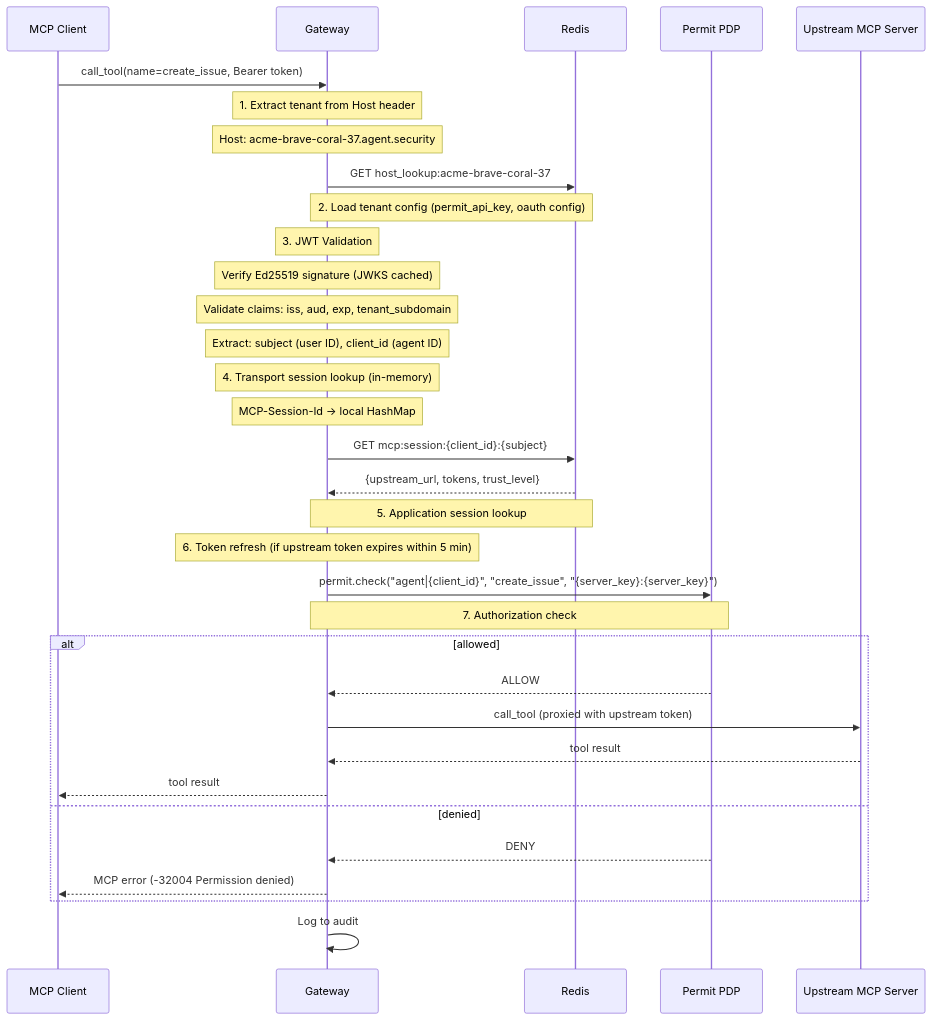
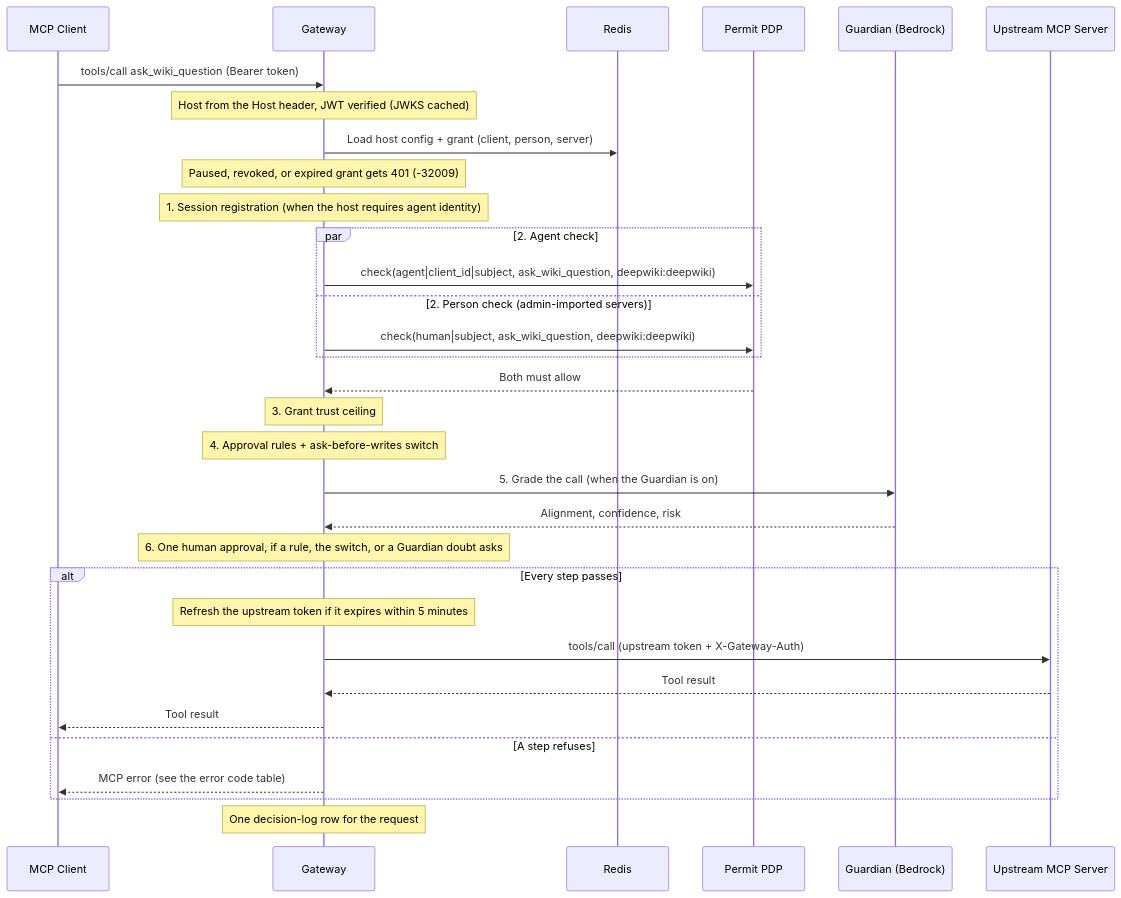
The sixth of 8 diagrams in docs/permit-mcp-gateway/architecture.mdx (permitio/docs), drawn with Mermaid before and after one commit. The commit also changed other lines of this file and 126 other files, not shown here.

First line of the commit message:
PER-19035: docs(mcp-gateway): refresh the Permit MCP Gateway docs and screenshots against production

````diff
--- a/docs/permit-mcp-gateway/architecture.mdx
+++ b/docs/permit-mcp-gateway/architecture.mdx
@@ -342,44 +386,35 @@
 ```mermaid
 sequenceDiagram
     participant C as MCP Client
     participant GW as Gateway
     participant R as Redis
     participant PDP as Permit PDP
+    participant J as Guardian (Bedrock)
     participant Up as Upstream MCP Server
 
-    C->>GW: call_tool(name=create_issue, Bearer token)
-
-    Note over GW: 1. Extract tenant from Host header
-    Note over GW: Host: acme-brave-coral-37.agent.security
-
-    GW->>R: GET host_lookup:acme-brave-coral-37
-    Note over GW,R: 2. Load tenant config (permit_api_key, oauth config)
-
-    Note over GW: 3. JWT Validation
-    Note over GW: Verify Ed25519 signature (JWKS cached)
-    Note over GW: Validate claims: iss, aud, exp, tenant_subdomain
-    Note over GW: Extract: subject (user ID), client_id (agent ID)
-
-    Note over GW: 4. Transport session lookup (in-memory)
-    Note over GW: MCP-Session-Id → local HashMap
-
-    GW->>R: GET mcp:session:{client_id}:{subject}
-    R-->>GW: {upstream_url, tokens, trust_level}
-    Note over GW,R: 5. Application session lookup
-
-    Note over GW: 6. Token refresh (if upstream token expires within 5 min)
-
-    GW->>PDP: permit.check("agent|{client_id}", "create_issue", "{server_key}:{server_key}")
-    Note over GW,PDP: 7. Authorization check
-
-    alt allowed
-        PDP-->>GW: ALLOW
-        GW->>Up: call_tool (proxied with upstream token)
-        Up-->>GW: tool result
-        GW-->>C: tool result
-    else denied
-        PDP-->>GW: DENY
-        GW-->>C: MCP error (-32004 Permission denied)
+    C->>GW: tools/call ask_wiki_question (Bearer token)
+    Note over GW: Host from the Host header, JWT verified (JWKS cached)
+    GW->>R: Load host config + grant (client, person, server)
+    Note over GW: Paused, revoked, or expired grant gets 401 (-32009)
+    Note over GW: 1. Session registration (when the host requires agent identity)
+    par 2. Agent check
+        GW->>PDP: check(agent|client_id|subject, ask_wiki_question, deepwiki:deepwiki)
+    and 2. Person check (admin-imported servers)
+        GW->>PDP: check(human|subject, ask_wiki_question, deepwiki:deepwiki)
     end
-    GW->>GW: Log to audit
+    PDP-->>GW: Both must allow
+    Note over GW: 3. Grant trust ceiling
+    Note over GW: 4. Approval rules + ask-before-writes switch
+    GW->>J: 5. Grade the call (when the Guardian is on)
+    J-->>GW: Alignment, confidence, risk
+    Note over GW: 6. One human approval, if a rule, the switch, or a Guardian doubt asks
+    alt Every step passes
+        Note over GW: Refresh the upstream token if it expires within 5 minutes
+        GW->>Up: tools/call (upstream token + X-Gateway-Auth)
+        Up-->>GW: Tool result
+        GW-->>C: Tool result
+    else A step refuses
+        GW-->>C: MCP error (see the error code table)
+    end
+    Note over GW: One decision-log row for the request
 ```
````
